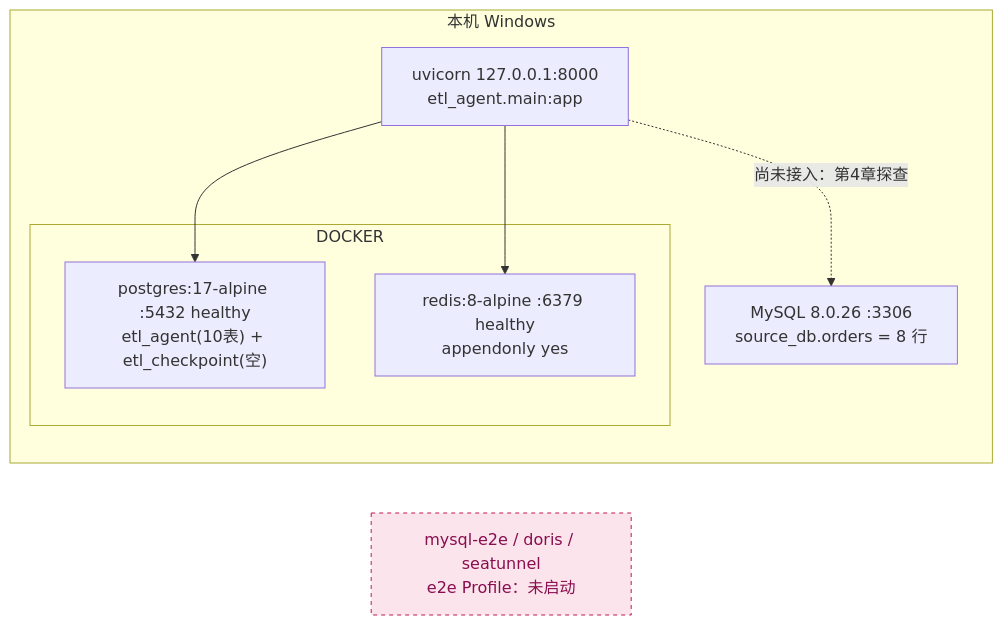
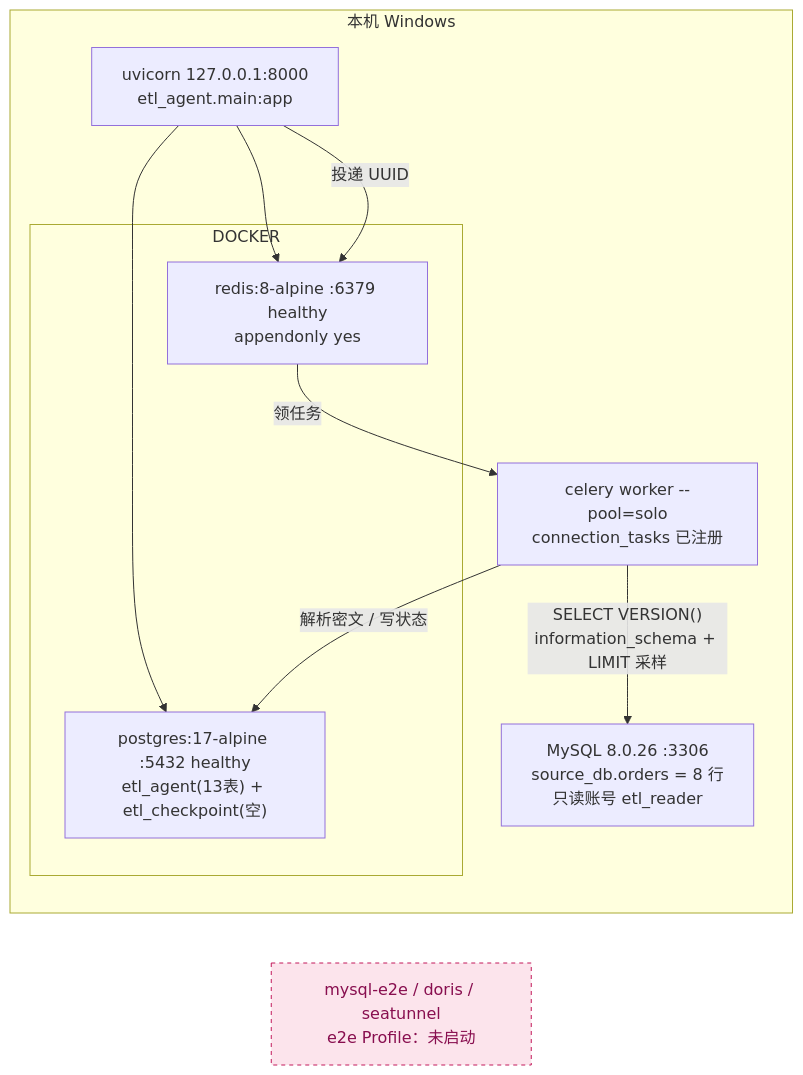
The fourth of 6 diagrams in docs/实现步骤与架构图.md (ciwuzhi1/etl_agent_demo), drawn with Mermaid before and after one commit. The commit also changed other lines of this file and 28 other files, not shown here.

Commit message:
第4章完成：SecretProvider 与 Fernet/Vault 协议上线（收敛 DEV-2），MySQL 探查 Adapter + Celery 任务打通脱敏 Profile，Alembic 0002 零漂移，20 个单测与实机链路及四条失败路径全绿

````diff
--- a/docs/实现步骤与架构图.md
+++ b/docs/实现步骤与架构图.md
@@ -131,17 +152,21 @@
 ```mermaid
 flowchart LR
     subgraph HOST["本机 Windows"]
         UV["uvicorn 127.0.0.1:8000<br/>etl_agent.main:app"]
-        MY["MySQL 8.0.26 :3306<br/>source_db.orders = 8 行"]
+        WKR["celery worker --pool=solo<br/>connection_tasks 已注册"]
+        MY["MySQL 8.0.26 :3306<br/>source_db.orders = 8 行<br/>只读账号 etl_reader"]
         DOCKER["Docker Desktop（WSL2）"]
     end
     subgraph DOCKER
-        PG["postgres:17-alpine :5432 healthy<br/>etl_agent(10表) + etl_checkpoint(空)"]
+        PG["postgres:17-alpine :5432 healthy<br/>etl_agent(13表) + etl_checkpoint(空)"]
         RD["redis:8-alpine :6379 healthy<br/>appendonly yes"]
     end
     UV --> PG
     UV --> RD
-    UV -.->|"尚未接入：第4章探查"| MY
+    UV -->|"投递 UUID"| RD
+    RD -->|"领任务"| WKR
+    WKR -->|"解析密文 / 写状态"| PG
+    WKR -->|"SELECT VERSION()<br/>information_schema + LIMIT 采样"| MY
     E2E["mysql-e2e / doris / seatunnel<br/>e2e Profile：未启动"]:::off
     classDef off fill:#fce4ec,stroke:#c2185b,stroke-dasharray:4 4,color:#880e4f;
 ```
````
